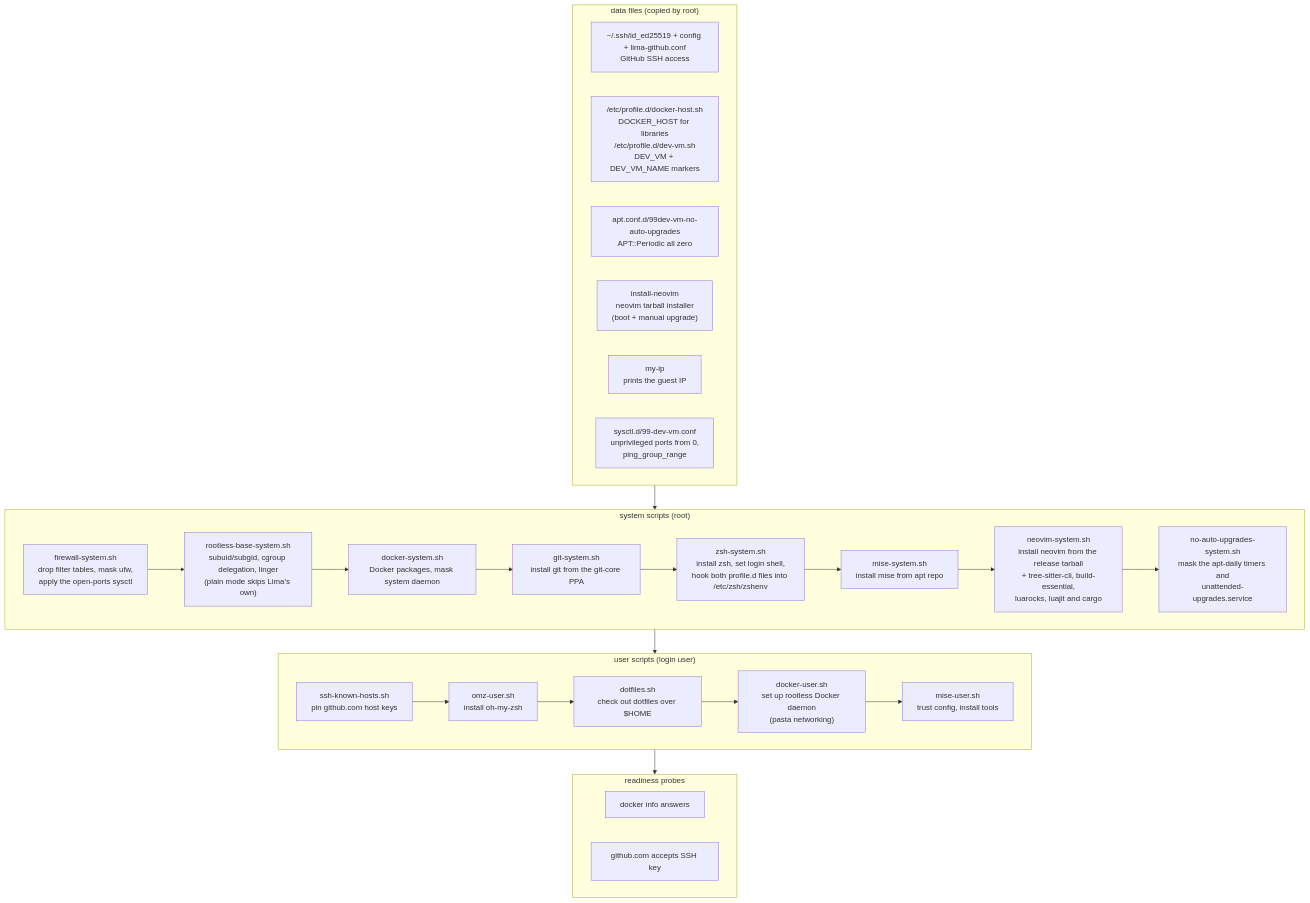
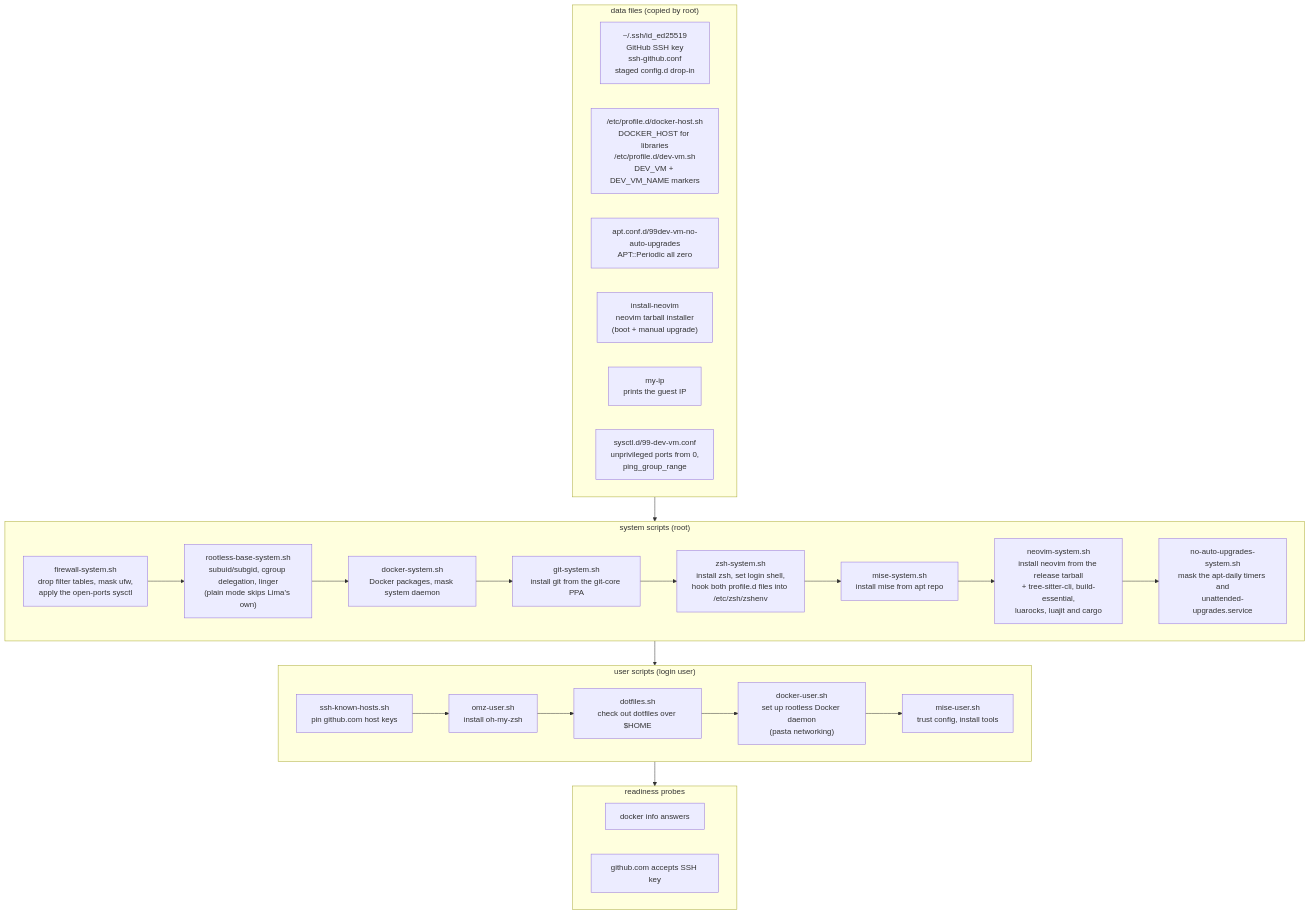
One commit to robsonpeixoto/dev-vm changed the diagram in README.md. Above: the diagram before and after it, drawn with Mermaid. The commit also changed other lines of this file and 5 other files, not shown here.

First line of the commit message:
refactor!: install the GitHub ssh stanza as a config.d drop-in

````diff
--- a/README.md
+++ b/README.md
@@ -544,41 +555,41 @@
 ```mermaid
 flowchart TD
     subgraph data["data files (copied by root)"]
-        d1["~/.ssh/id_ed25519 + config + lima-github.conf<br>GitHub SSH access"]
+        d1["~/.ssh/id_ed25519<br>GitHub SSH key<br>ssh-github.conf<br>staged config.d drop-in"]
         d2["/etc/profile.d/docker-host.sh<br>DOCKER_HOST for libraries<br>/etc/profile.d/dev-vm.sh<br>DEV_VM + DEV_VM_NAME markers"]
         d3["apt.conf.d/99dev-vm-no-auto-upgrades<br>APT::Periodic all zero"]
         d4["install-neovim<br>neovim tarball installer<br>(boot + manual upgrade)"]
         d5["my-ip<br>prints the guest IP"]
         d6["sysctl.d/99-dev-vm.conf<br>unprivileged ports from 0,<br>ping_group_range"]
     end
 
     subgraph system["system scripts (root)"]
         s0["firewall-system.sh<br>drop filter tables, mask ufw,<br>apply the open-ports sysctl"]
         s0b["rootless-base-system.sh<br>subuid/subgid, cgroup delegation, linger<br>(plain mode skips Lima's own)"]
         s1["docker-system.sh<br>Docker packages, mask system daemon"]
         s1b["git-system.sh<br>install git from the git-core PPA"]
         s2["zsh-system.sh<br>install zsh, set login shell,<br>hook both profile.d files into /etc/zsh/zshenv"]
         s3["mise-system.sh<br>install mise from apt repo"]
         s4["neovim-system.sh<br>install neovim from the release tarball<br>+ tree-sitter-cli, build-essential,<br>luarocks, luajit and cargo"]
         s5["no-auto-upgrades-system.sh<br>mask the apt-daily timers and<br>unattended-upgrades.service"]
     end
 
     subgraph user["user scripts (login user)"]
         u1["ssh-known-hosts.sh<br>pin github.com host keys"]
         u2["omz-user.sh<br>install oh-my-zsh"]
         u3["dotfiles.sh<br>check out dotfiles over $HOME"]
         u4["docker-user.sh<br>set up rootless Docker daemon<br>(pasta networking)"]
         u5["mise-user.sh<br>trust config, install tools"]
     end
 
     subgraph probes["readiness probes"]
         p1["docker info answers"]
         p2["github.com accepts SSH key"]
     end
 
     data --> system
     s0 --> s0b --> s1 --> s1b --> s2 --> s3 --> s4 --> s5
     system --> user
     u1 --> u2 --> u3 --> u4 --> u5
     user --> probes
 ```
````
